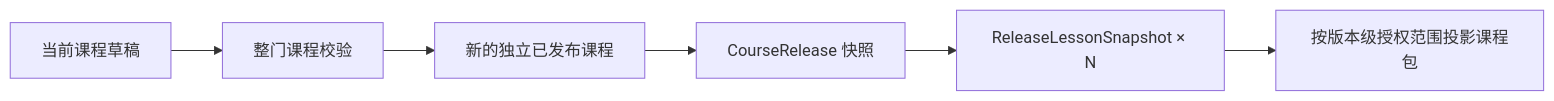
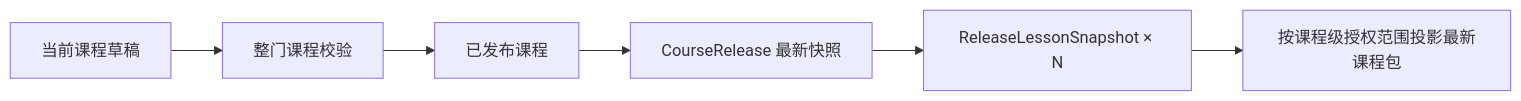
Before and after one commit to xiaobaiworld/lessonpilot: the second of 3 diagrams in doc/design/v1/04-domain-data-model.md, drawn with Mermaid. The commit also changed other lines of this file and 26 other files, not shown here.

````diff
--- a/doc/design/v1/04-domain-data-model.md
+++ b/doc/design/v1/04-domain-data-model.md
@@ -202,8 +202,8 @@
 ```mermaid
 flowchart LR
   Draft[当前课程草稿] --> Validate[整门课程校验]
-  Validate --> PublishedCourse[新的独立已发布课程]
-  PublishedCourse --> Release[CourseRelease 快照]
+  Validate --> PublishedCourse[已发布课程]
+  PublishedCourse --> Release[CourseRelease 最新快照]
   Release --> Snapshots[ReleaseLessonSnapshot × N]
-  Snapshots --> Package[按版本级授权范围投影课程包]
+  Snapshots --> Package[按课程级授权范围投影最新课程包]
 ```
````
